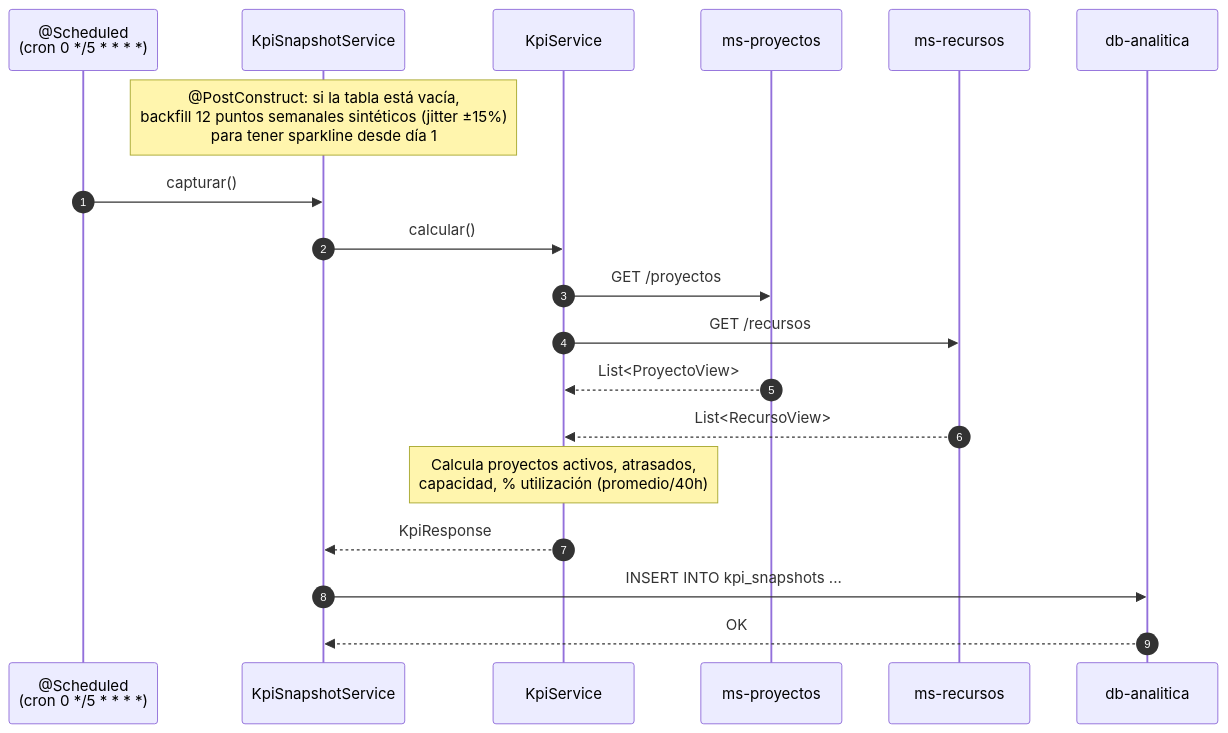
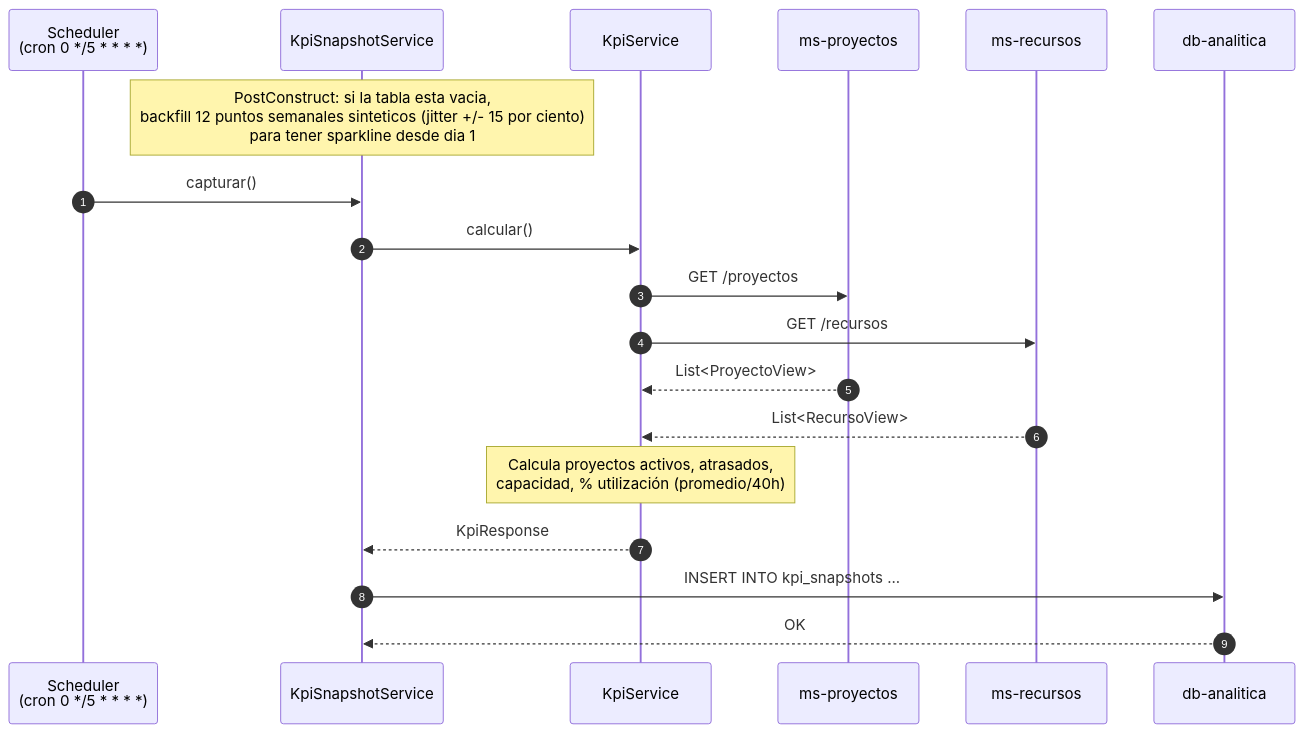
One commit to najescobar-ui/innovatechSolutionNEEP_FS changed the fourth of 7 diagrams in README.md. Above: the diagram before and after it, drawn with Mermaid. The commit also changed other lines of this file and 7 other files, not shown here.

````diff
--- a/README.md
+++ b/README.md
@@ -227,22 +227,22 @@
 ```mermaid
 sequenceDiagram
     autonumber
-    participant CR as @Scheduled<br/>(cron 0 */5 * * * *)
+    participant CR as Scheduler<br/>(cron 0 */5 * * * *)
     participant S as KpiSnapshotService
     participant K as KpiService
     participant P as ms-proyectos
     participant R as ms-recursos
     participant DBA as db-analitica
 
-    Note over S: @PostConstruct: si la tabla está vacía,<br/>backfill 12 puntos semanales sintéticos (jitter ±15%)<br/>para tener sparkline desde día 1
+    Note over S: PostConstruct: si la tabla esta vacia,<br/>backfill 12 puntos semanales sinteticos (jitter +/- 15 por ciento)<br/>para tener sparkline desde dia 1
     CR->>S: capturar()
     S->>K: calcular()
     K->>P: GET /proyectos
     K->>R: GET /recursos
     P-->>K: List<ProyectoView>
     R-->>K: List<RecursoView>
     Note over K: Calcula proyectos activos, atrasados,<br/>capacidad, % utilización (promedio/40h)
     K-->>S: KpiResponse
     S->>DBA: INSERT INTO kpi_snapshots ...
     DBA-->>S: OK
 ```
````
